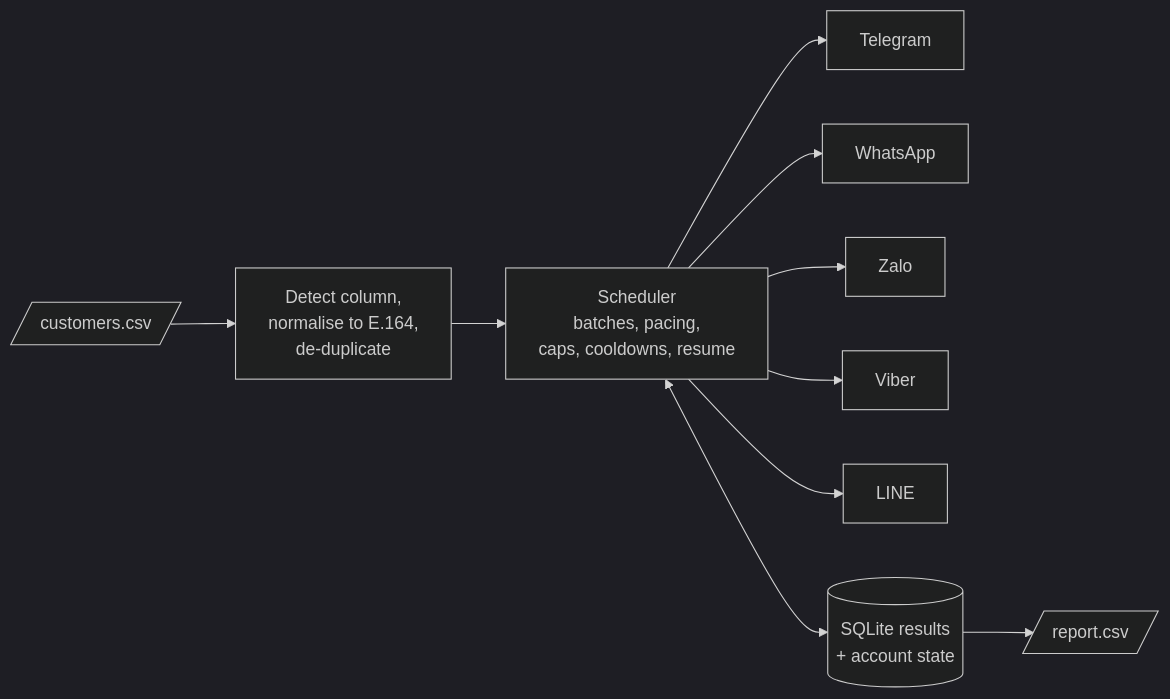
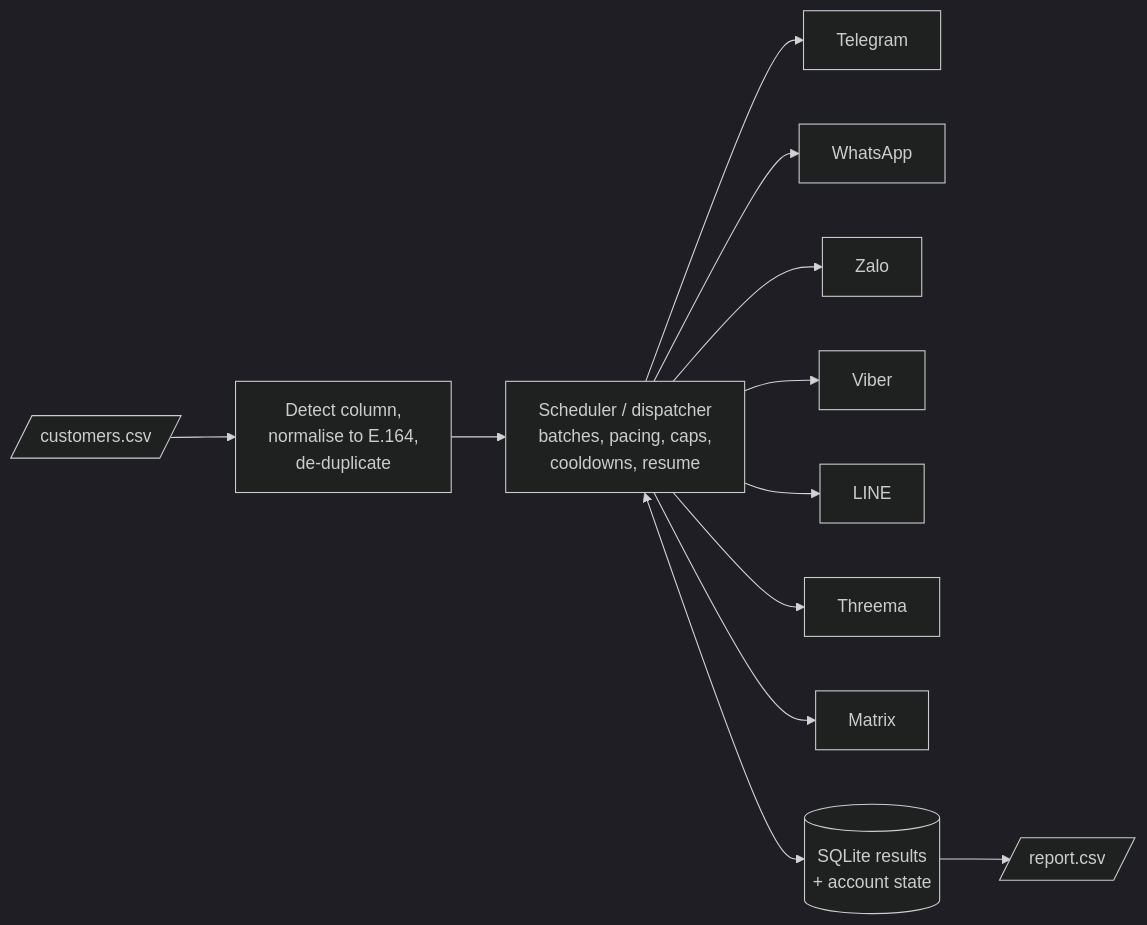
Before and after one commit to QuocHuannn/phone-app-checker: the diagram in README.md, drawn with Mermaid (dark theme). The commit also changed other lines of this file and 20 other files, not shown here.

````diff
--- a/README.md
+++ b/README.md
@@ -161,8 +200,8 @@
 ```mermaid
 flowchart LR
     CSV[/"customers.csv"/] --> N["Detect column,<br/>normalise to E.164,<br/>de-duplicate"]
-    N --> S["Scheduler<br/>batches, pacing,<br/>caps, cooldowns, resume"]
-    S --> T["Telegram"] & W["WhatsApp"] & Z["Zalo"] & V["Viber"] & L["LINE"]
+    N --> S["Scheduler / dispatcher<br/>batches, pacing, caps,<br/>cooldowns, resume"]
+    S --> T["Telegram"] & W["WhatsApp"] & Z["Zalo"] & V["Viber"] & L["LINE"] & TH["Threema"] & M["Matrix"]
     S <--> DB[("SQLite results<br/>+ account state")]
     DB --> R[/"report.csv"/]
 ```
````
